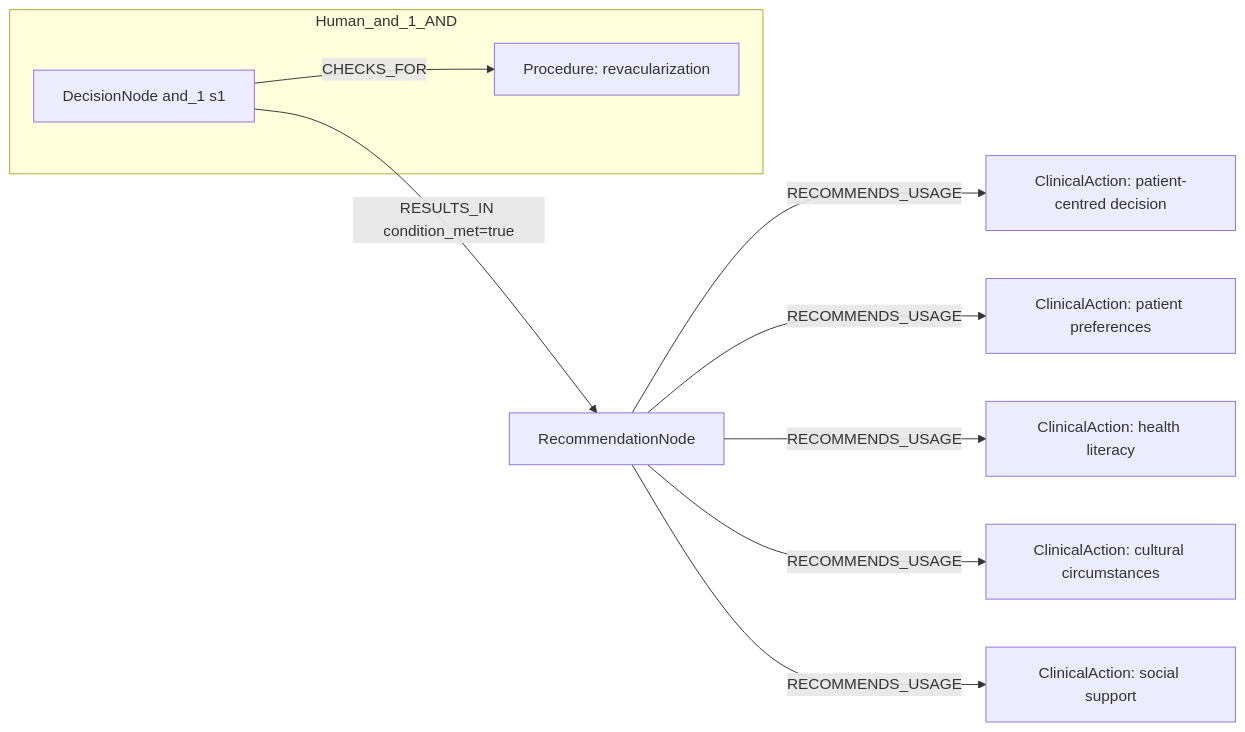
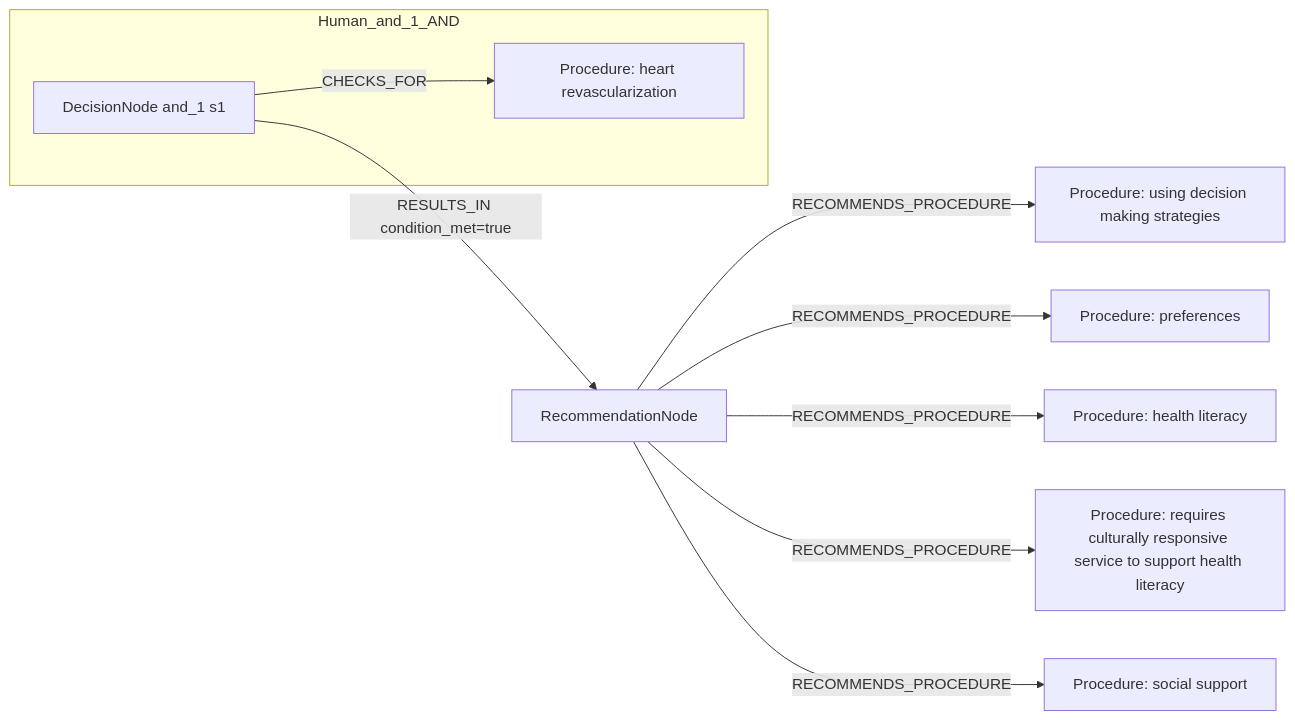
The first of 2 diagrams in docs/table22_rows_comparison/row_04.md (dieterich-lab/CardioGuidelinesGraph), drawn with Mermaid before and after one commit. The commit also changed other lines of this file and 27 other files, not shown here.

````diff
--- a/docs/table22_rows_comparison/row_04.md
+++ b/docs/table22_rows_comparison/row_04.md
@@ -393,20 +130,20 @@
 ```mermaid
 graph LR
   REC[RecommendationNode]
-  ACT1[ClinicalAction: patient-centred decision]
-  REC -->|RECOMMENDS_USAGE| ACT1
-  ACT2[ClinicalAction: patient preferences]
-  REC -->|RECOMMENDS_USAGE| ACT2
-  ACT3[ClinicalAction: health literacy]
-  REC -->|RECOMMENDS_USAGE| ACT3
-  ACT4[ClinicalAction: cultural circumstances]
-  REC -->|RECOMMENDS_USAGE| ACT4
-  ACT5[ClinicalAction: social support]
-  REC -->|RECOMMENDS_USAGE| ACT5
+  ACT1[Procedure: using decision making strategies]
+  REC -->|RECOMMENDS_PROCEDURE| ACT1
+  ACT2[Procedure: preferences]
+  REC -->|RECOMMENDS_PROCEDURE| ACT2
+  ACT3[Procedure: health literacy]
+  REC -->|RECOMMENDS_PROCEDURE| ACT3
+  ACT4[Procedure: requires culturally responsive service to support health literacy]
+  REC -->|RECOMMENDS_PROCEDURE| ACT4
+  ACT5[Procedure: social support]
+  REC -->|RECOMMENDS_PROCEDURE| ACT5
   subgraph Human_and_1_AND
     D_and_1_1[DecisionNode and_1 s1]
-    C_and_1_1[Procedure: revacularization]
+    C_and_1_1[Procedure: heart revascularization]
     D_and_1_1 -->|CHECKS_FOR| C_and_1_1
   end
   D_and_1_1 -->|RESULTS_IN condition_met=true| REC
 ```
````
